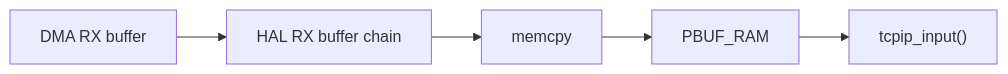
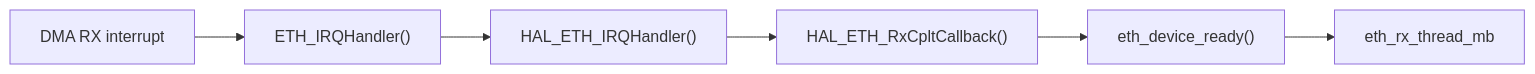
Before and after one commit to wdfk-prog/lwIP-Source-Lab: the second of 8 diagrams in docs/43-stm32h7-ethernet-dma-cache-zero-copy.md, drawn with Mermaid. The commit also changed other lines of this file and 49 other files, not shown here.

````diff
--- a/docs/43-stm32h7-ethernet-dma-cache-zero-copy.md
+++ b/docs/43-stm32h7-ethernet-dma-cache-zero-copy.md
@@ -315,7 +131,8 @@
 ```mermaid
 flowchart LR
-    A["DMA RX buffer"] --> B["HAL RX buffer chain"]
-    B --> C["memcpy"]
-    C --> D["PBUF_RAM"]
-    D --> E["tcpip_input()"]
+    A["DMA RX interrupt"] --> B["ETH_IRQHandler()"]
+    B --> C["HAL_ETH_IRQHandler()"]
+    C --> D["HAL_ETH_RxCpltCallback()"]
+    D --> E["eth_device_ready()"]
+    E --> F["eth_rx_thread_mb"]
 ```
````
